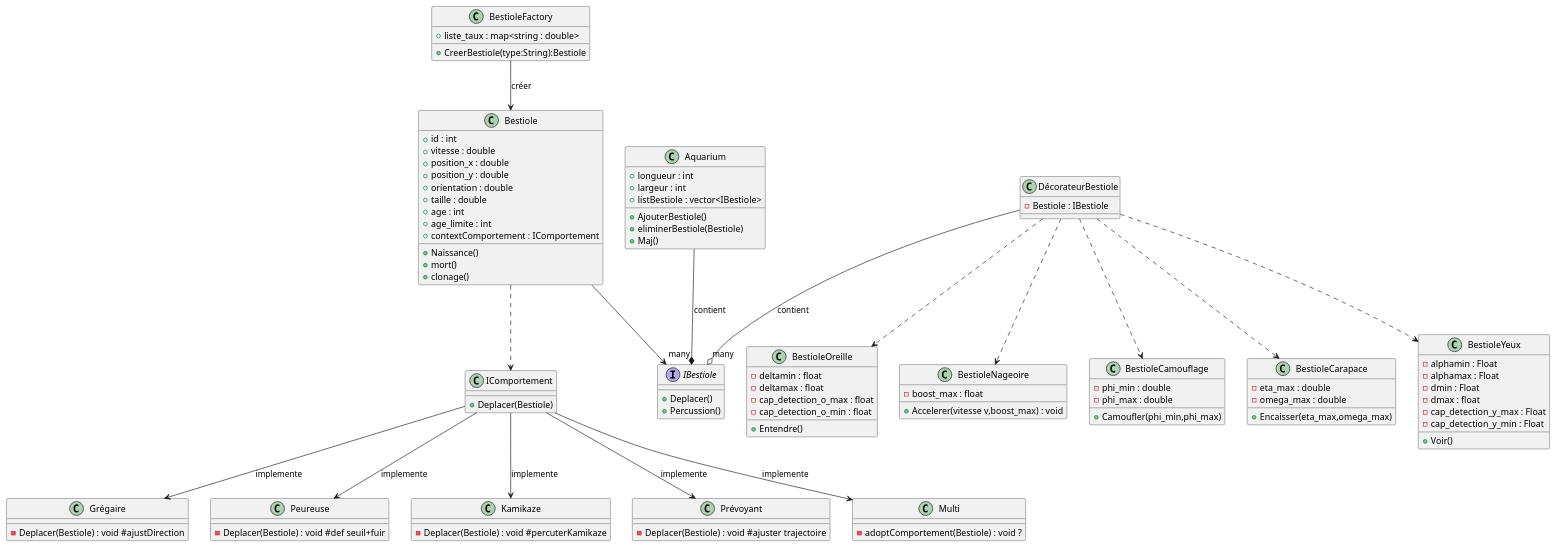
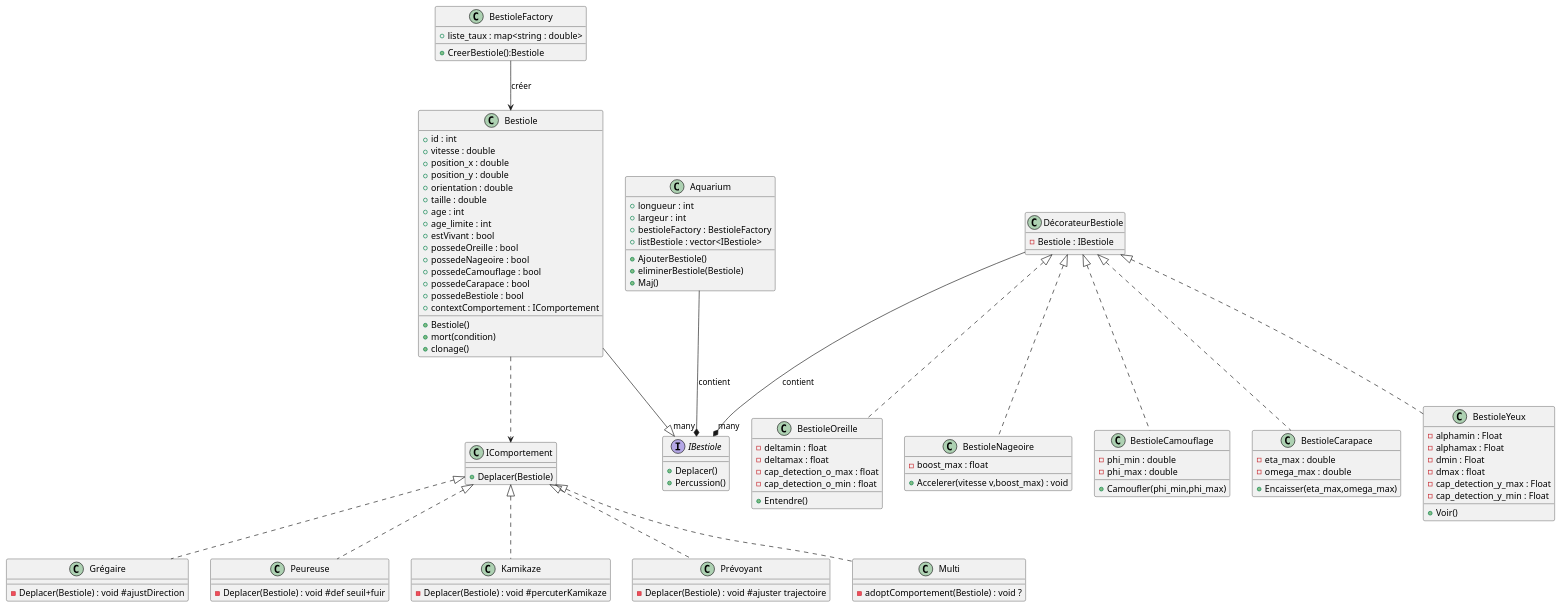
One commit to Faberra57/BE changed the diagram in diagramme.puml. Above: the diagram before and after it, drawn with PlantUML.

```diff
--- a/diagramme.puml
+++ b/diagramme.puml
@@ -1,125 +1,131 @@
 @startuml dd
 
 class BestioleFactory {
   + liste_taux : map<string : double>
-
-  + CreerBestiole(type:String):Bestiole
+  + CreerBestiole():Bestiole
 }
 
 class Bestiole {
     + id : int
     + vitesse : double
     + position_x : double
     + position_y : double
     + orientation : double
     + taille : double
     + age : int
     + age_limite : int
-    + Naissance()
-    + mort()
+    + estVivant : bool
+    + possedeOreille : bool
+    + possedeNageoire : bool
+    + possedeCamouflage : bool 
+    + possedeCarapace : bool 
+    + possedeBestiole : bool
+    + Bestiole()
+    + mort(condition)
     + clonage()
     + contextComportement : IComportement
 }
 
 class Aquarium {
  + longueur : int
  + largeur : int
+ + bestioleFactory : BestioleFactory
  + listBestiole : vector<IBestiole>
 
  +AjouterBestiole()
  +eliminerBestiole(Bestiole)
  +Maj()
 }
 
 class BestioleOreille {
     - deltamin : float
     - deltamax : float
     - cap_detection_o_max : float
     - cap_detection_o_min : float
     + Entendre()
 
 }
 
 class BestioleNageoire {  
     - boost_max : float
     + Accelerer(vitesse v,boost_max) : void
 }
 
 class BestioleCamouflage {
   - phi_min : double
   - phi_max : double
   + Camoufler(phi_min,phi_max)
 }
 
 class BestioleCarapace {
   - eta_max : double
   - omega_max : double
   + Encaisser(eta_max,omega_max)
 }
 
 class BestioleYeux {
   - alphamin : Float
   - alphamax : Float
   - dmin : Float
   - dmax : float
   - cap_detection_y_max : Float
   - cap_detection_y_min : Float
   + Voir()
 }
 
 class IComportement {
   + Deplacer(Bestiole)
 }
 
 class Grégaire {
     -Deplacer(Bestiole) : void #ajustDirection
 
 }
 
 class Peureuse{
     -Deplacer(Bestiole) : void #def seuil+fuir
 
 }
 
 class Kamikaze{
     -Deplacer(Bestiole) : void #percuterKamikaze
 }
 
 class Prévoyant{
     -Deplacer(Bestiole) : void #ajuster trajectoire
 
 }
 
 Interface IBestiole{
   +Deplacer()
   +Percussion()
 }
 
 class DécorateurBestiole{
   - Bestiole : IBestiole 
 }
 
 class Multi{
     -adoptComportement(Bestiole) : void ?
 }
 
 BestioleFactory --> Bestiole : créer
-DécorateurBestiole ..> BestioleOreille
-DécorateurBestiole ..> BestioleNageoire
-DécorateurBestiole ..> BestioleCamouflage
-DécorateurBestiole ..> BestioleCarapace
-DécorateurBestiole ..> BestioleYeux
+DécorateurBestiole <|.. BestioleOreille
+DécorateurBestiole <|.. BestioleNageoire
+DécorateurBestiole <|.. BestioleCamouflage
+DécorateurBestiole <|.. BestioleCarapace
+DécorateurBestiole <|.. BestioleYeux
 Bestiole ..> IComportement
 
-IComportement --> Grégaire: implemente
-IComportement --> Peureuse: implemente
-IComportement --> Kamikaze: implemente
-IComportement --> Prévoyant: implemente
-IComportement --> Multi: implemente
-Bestiole --> IBestiole
+IComportement <|.. Grégaire
+IComportement <|.. Peureuse
+IComportement <|.. Kamikaze
+IComportement <|.. Prévoyant
+IComportement <|.. Multi
+Bestiole --|> IBestiole
 
 
 Aquarium --* "many" IBestiole : contient
-DécorateurBestiole --o "many" IBestiole : contient
+DécorateurBestiole --* "many" IBestiole : contient
 
 @enduml
```
